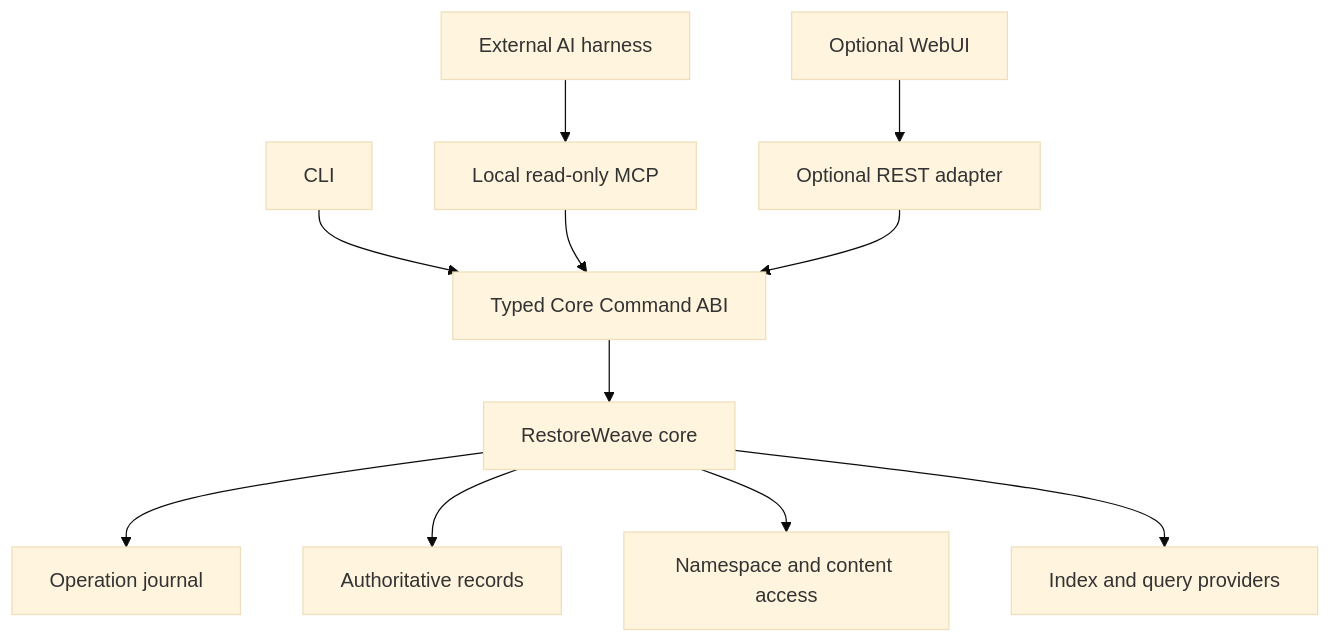
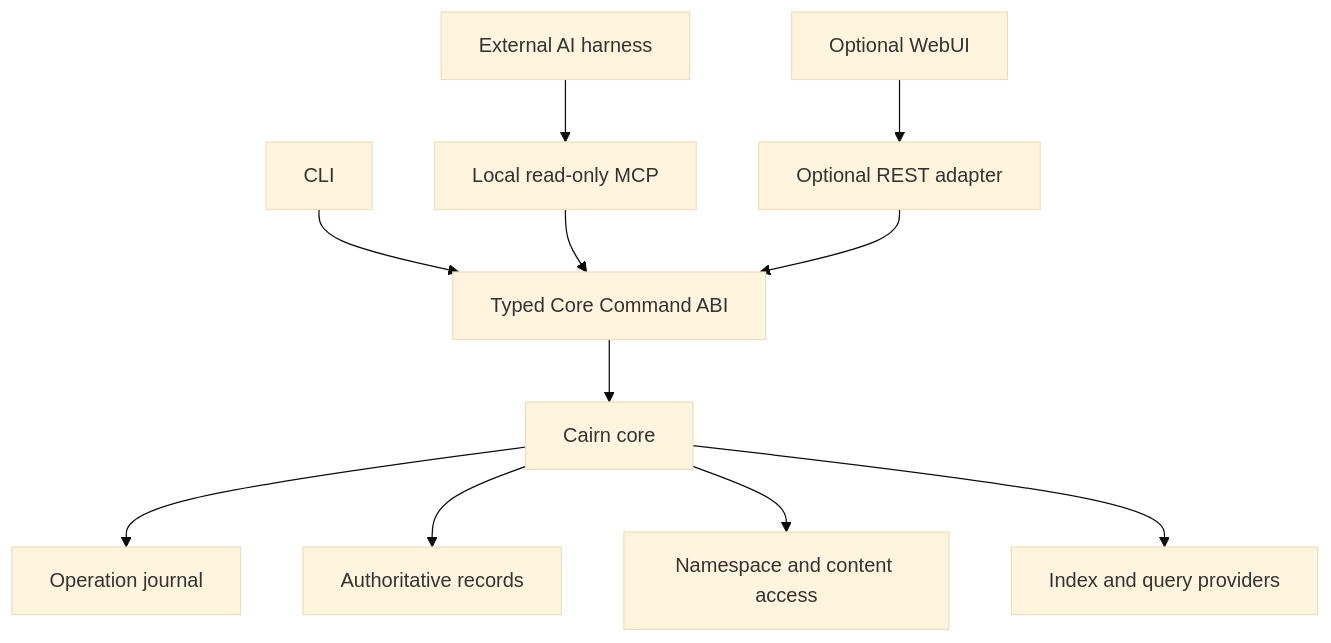
The diagram in docs/requirements/api-and-webui.md (ailiheizi/cairn), drawn with Mermaid (base theme) before and after one commit. The commit also changed other lines of this file and 127 other files, not shown here.

```diff
--- a/docs/requirements/api-and-webui.md
+++ b/docs/requirements/api-and-webui.md
@@ -34,14 +34,14 @@
 ~~~mermaid
 flowchart TB
     CLI["CLI"] --> ABI["Typed Core Command ABI"]
     MCP["Local read-only MCP"] --> ABI
     REST["Optional REST adapter"] --> ABI
     UI["Optional WebUI"] --> REST
     Harness["External AI harness"] --> MCP
 
-    ABI --> Core["RestoreWeave core"]
+    ABI --> Core["Cairn core"]
     Core --> Journal["Operation journal"]
     Core --> Records["Authoritative records"]
     Core --> Namespace["Namespace and content access"]
     Core --> Query["Index and query providers"]
 ~~~
```
